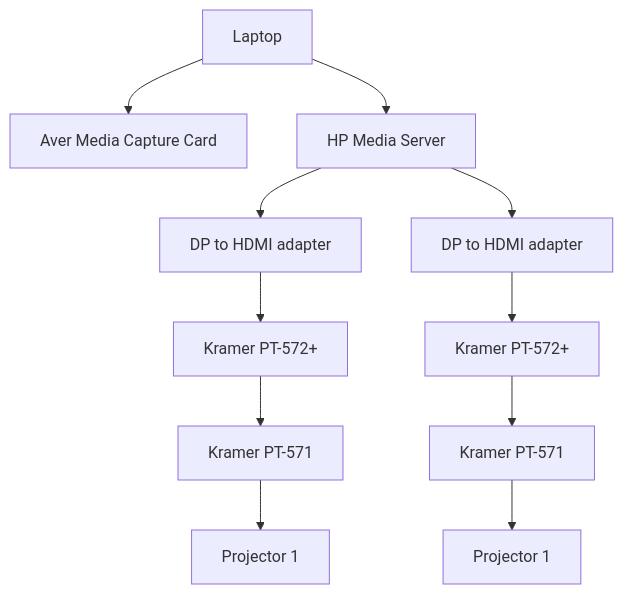
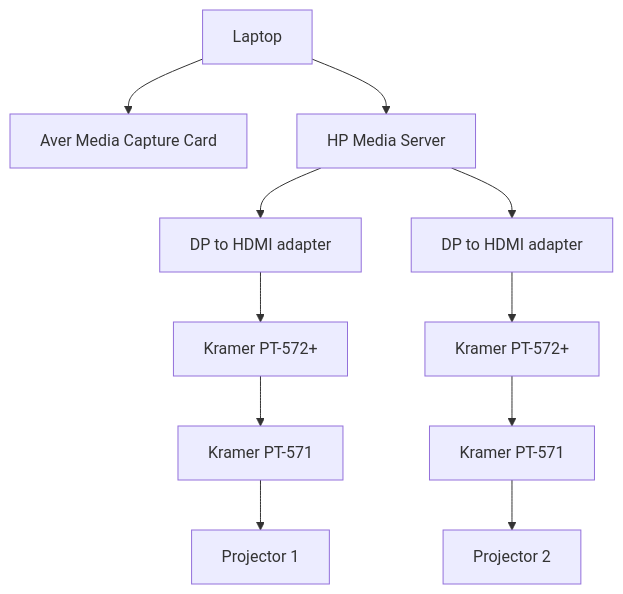
The first of 4 diagrams in README.md (AbbieNgXinYi/Gamenian), drawn with Mermaid before and after one commit. The commit also changed other lines of this file, not shown here.

````diff
--- a/README.md
+++ b/README.md
@@ -29,16 +29,16 @@
 ```mermaid
 graph TD
 
 A[Laptop]--> B[Aver Media Capture Card]
 A--> C[HP Media Server]
 C--> D[DP to HDMI adapter]
 D--> E[Kramer PT-572+]
 E--> F[Kramer PT-571]
 F--> G[Projector 1]
 C--> H[DP to HDMI adapter]
 H--> I[Kramer PT-572+]
 I--> J[Kramer PT-571]
-J--> K[Projector 1]
+J--> K[Projector 2]
 
 
 ```
````
